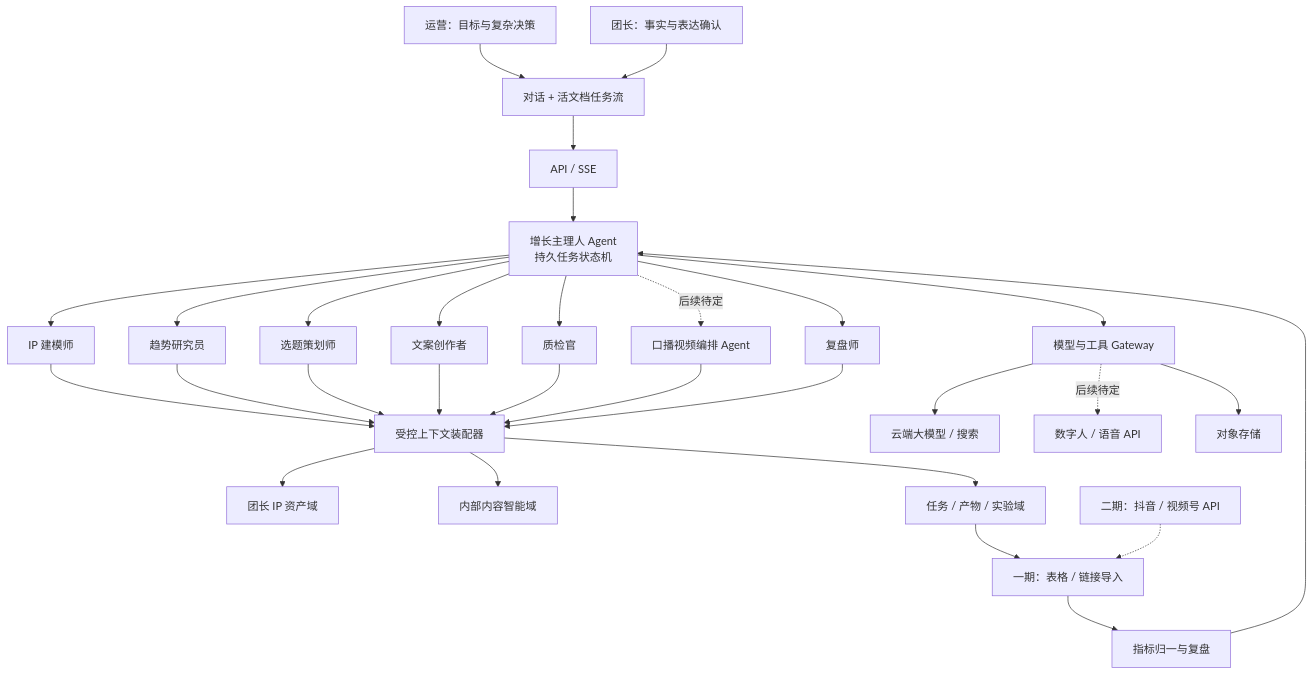
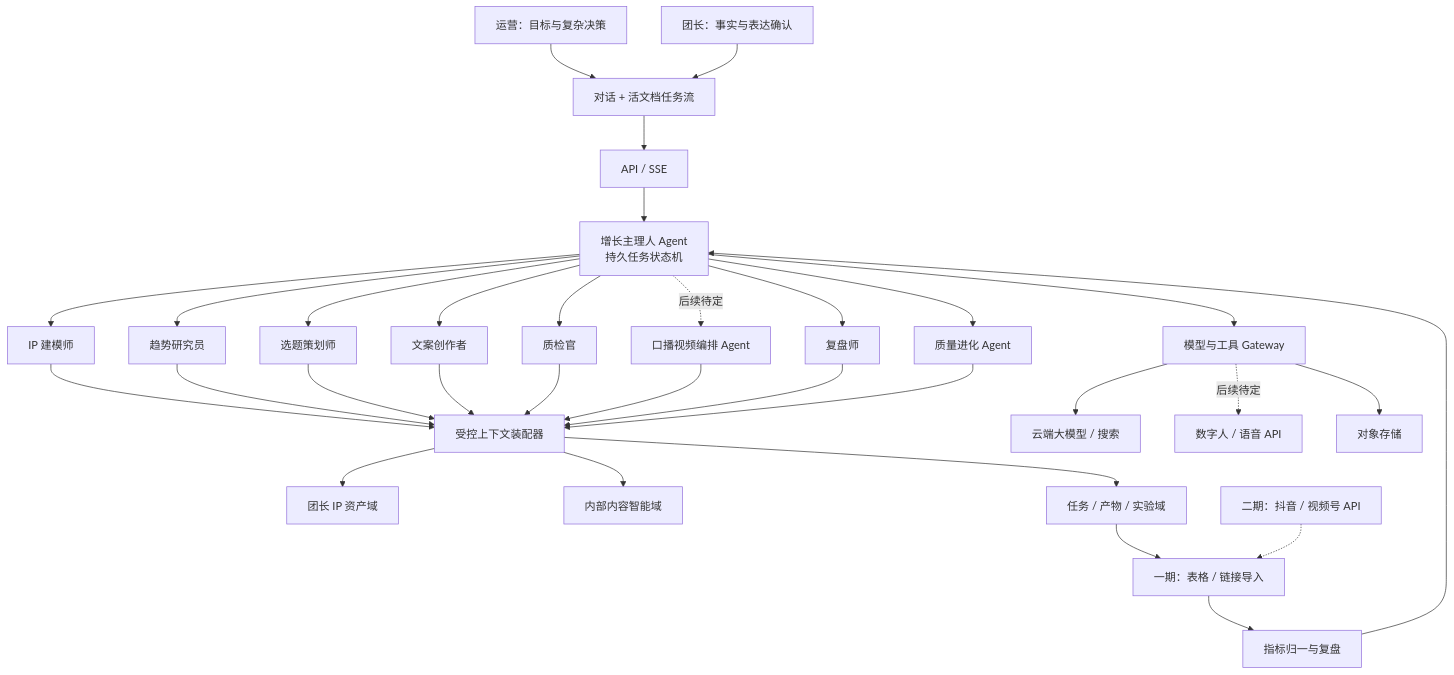
The first of 2 diagrams in docs/superpowers/specs/2026-08-15-group-leader-content-growth-agent-design.md (iSamlzh/short-video-llm), drawn with Mermaid before and after one commit. The commit also changed other lines of this file, not shown here.

````diff
--- a/docs/superpowers/specs/2026-08-15-group-leader-content-growth-agent-design.md
+++ b/docs/superpowers/specs/2026-08-15-group-leader-content-growth-agent-design.md
@@ -129,26 +129,27 @@
 ```mermaid
 flowchart TB
     U1["运营：目标与复杂决策"] --> UI["对话 + 活文档任务流"]
     U2["团长：事实与表达确认"] --> UI
     UI --> API["API / SSE"]
     API --> ORCH["增长主理人 Agent\n持久任务状态机"]
     ORCH --> A1["IP 建模师"]
     ORCH --> A2["趋势研究员"]
     ORCH --> A3["选题策划师"]
     ORCH --> A4["文案创作者"]
     ORCH --> A5["质检官"]
     ORCH -. 后续待定 .-> A6["口播视频编排 Agent"]
     ORCH --> A7["复盘师"]
-    A1 & A2 & A3 & A4 & A5 & A6 & A7 --> CTX["受控上下文装配器"]
+    ORCH --> A8["质量进化 Agent"]
+    A1 & A2 & A3 & A4 & A5 & A6 & A7 & A8 --> CTX["受控上下文装配器"]
     CTX --> IP["团长 IP 资产域"]
     CTX --> INTEL["内部内容智能域"]
     CTX --> RUN["任务 / 产物 / 实验域"]
     ORCH --> TOOLS["模型与工具 Gateway"]
     TOOLS --> LLM["云端大模型 / 搜索"]
     TOOLS -. 后续待定 .-> AVATAR["数字人 / 语音 API"]
     TOOLS --> STORAGE["对象存储"]
     RUN --> IMPORT["一期：表格 / 链接导入"]
     IMPORT --> REVIEW["指标归一与复盘"]
     REVIEW --> ORCH
     P2["二期：抖音 / 视频号 API"] -.-> IMPORT
 ```
````
